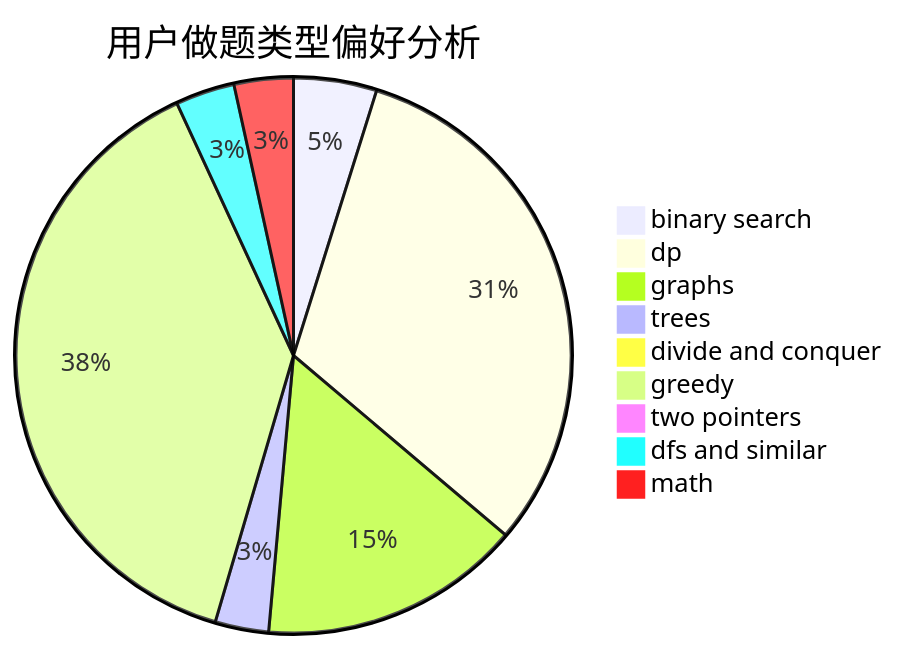
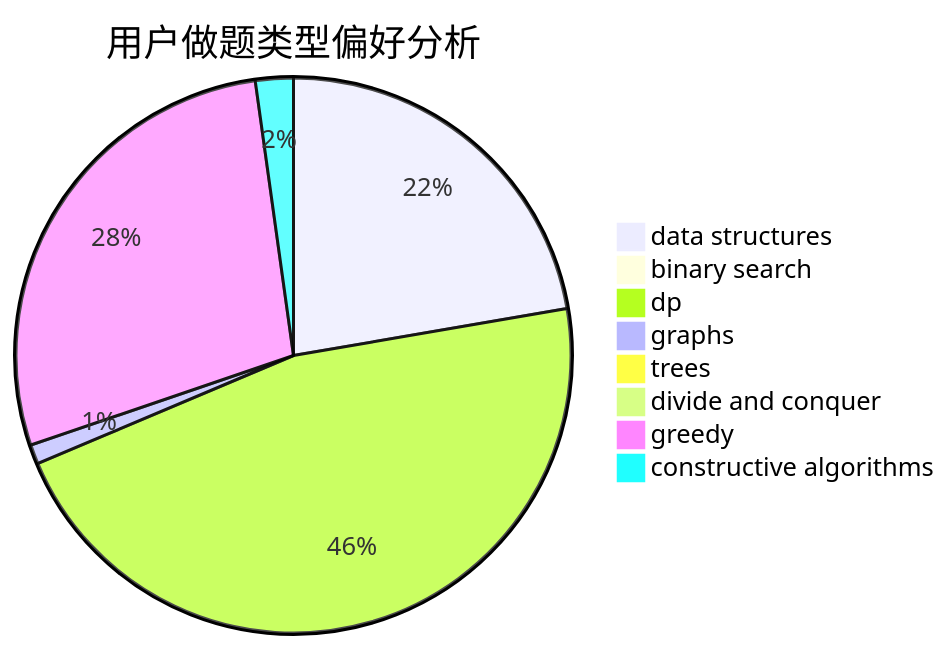
The second of 3 diagrams in docs/user/u2429.md (sherpahu/cfrs.github.io), drawn with Mermaid before and after one commit. The commit also changed other lines of this file and 2775 other files, not shown here.

````diff
--- a/docs/user/u2429.md
+++ b/docs/user/u2429.md
@@ -23,12 +23,11 @@
 ```mermaid
 pie title 用户做题类型偏好分析
-    "binary search" :  132
-    "dp" :  855
-    "graphs" :  416
-    "trees" :  85
-    "divide and conquer" :  7
-    "greedy" :  1052
-    "two pointers" :  27
-    "dfs and similar" :  94
-    "math" :  94
+    "data structures" :  354
+    "binary search" :  7
+    "dp" :  736
+    "graphs" :  18
+    "trees" :  5
+    "divide and conquer" :  0
+    "greedy" :  445
+    "constructive algorithms" :  35
 ```
````
